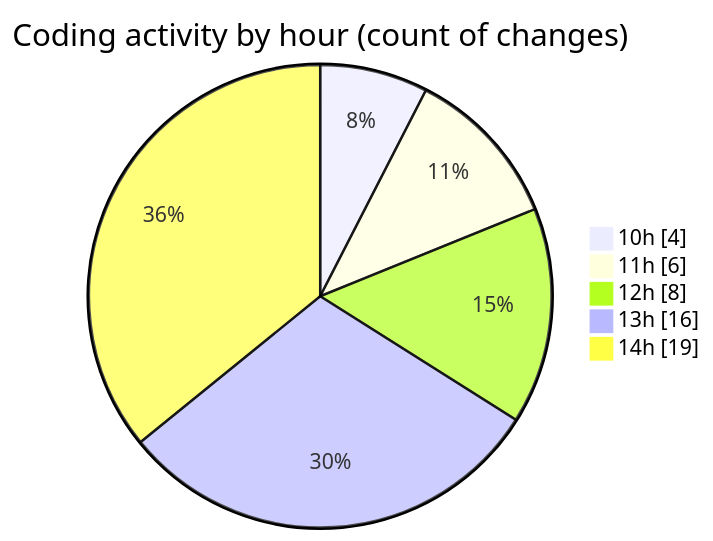
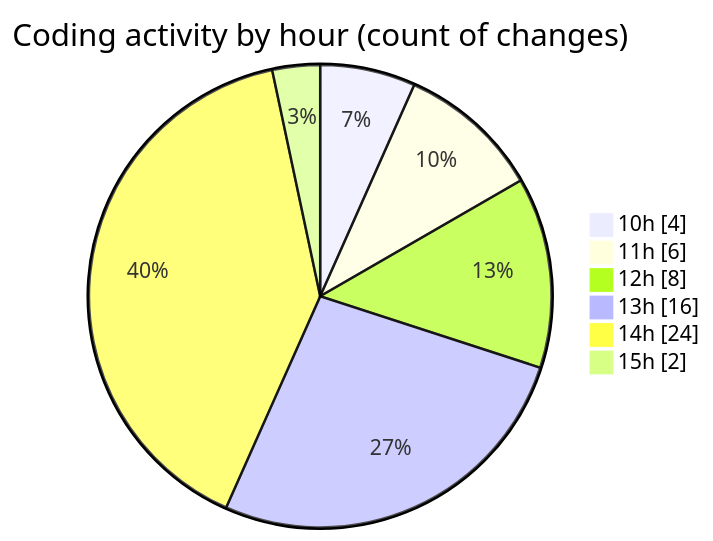
The second of 2 diagrams in 2025-10-03/totem2/README.md (LanceThiago/code-tracking), drawn with Mermaid before and after one commit. The commit also changed other lines of this file and 1 other file, not shown here.

````diff
--- a/2025-10-03/totem2/README.md
+++ b/2025-10-03/totem2/README.md
@@ -30,9 +30,10 @@
 ```mermaid
 pie showData
 title Coding activity by hour (count of changes)
 "10h" : 4
 "11h" : 6
 "12h" : 8
 "13h" : 16
-"14h" : 19
+"14h" : 24
+"15h" : 2
 ```
````
